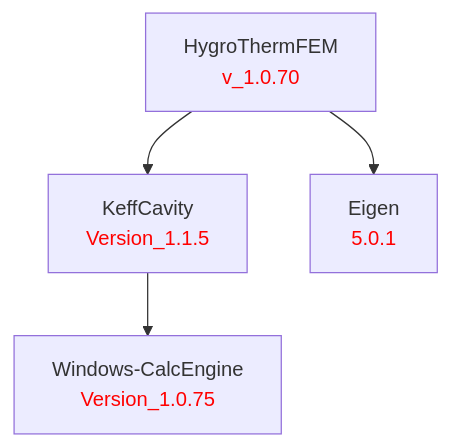
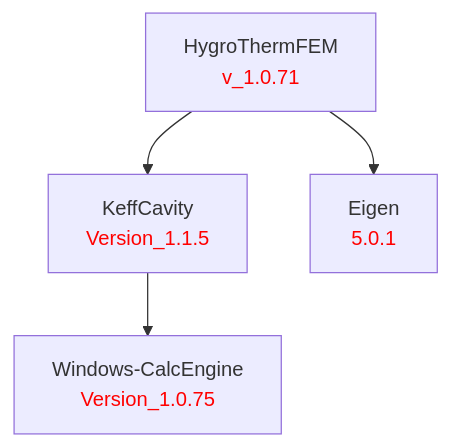
The diagram in doc/HygroThermFEM.md (LBNL-ETA/HygroThermFEM), drawn with Mermaid before and after one commit. The commit also changed 1 other file, not shown here.

Commit message:
Bump to v_1.0.71

````diff
--- a/doc/HygroThermFEM.md
+++ b/doc/HygroThermFEM.md
@@ -1,13 +1,13 @@
 ```mermaid
 graph TD
     %% Package definitions
-    HygroThermFEM[HygroThermFEM<br/><font color='red'>v_1.0.70</font>]
+    HygroThermFEM[HygroThermFEM<br/><font color='red'>v_1.0.71</font>]
     KeffCavity[KeffCavity<br/><font color='red'>Version_1.1.5</font>]
     Eigen[Eigen<br/><font color='red'>5.0.1</font>]
     WindowsCalcEngine[Windows-CalcEngine<br/><font color='red'>Version_1.0.75</font>]
 
     %% Package relations
     HygroThermFEM --> KeffCavity
     HygroThermFEM --> Eigen
     KeffCavity --> WindowsCalcEngine
 ```
````
